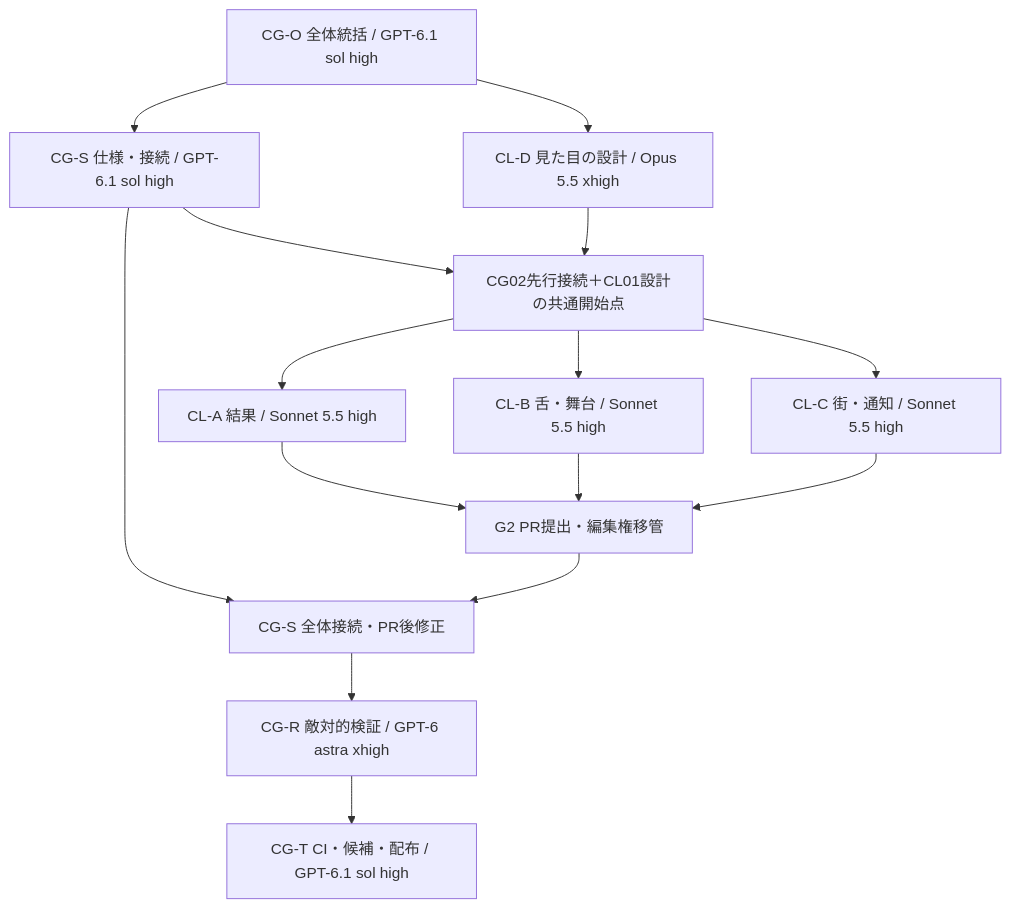
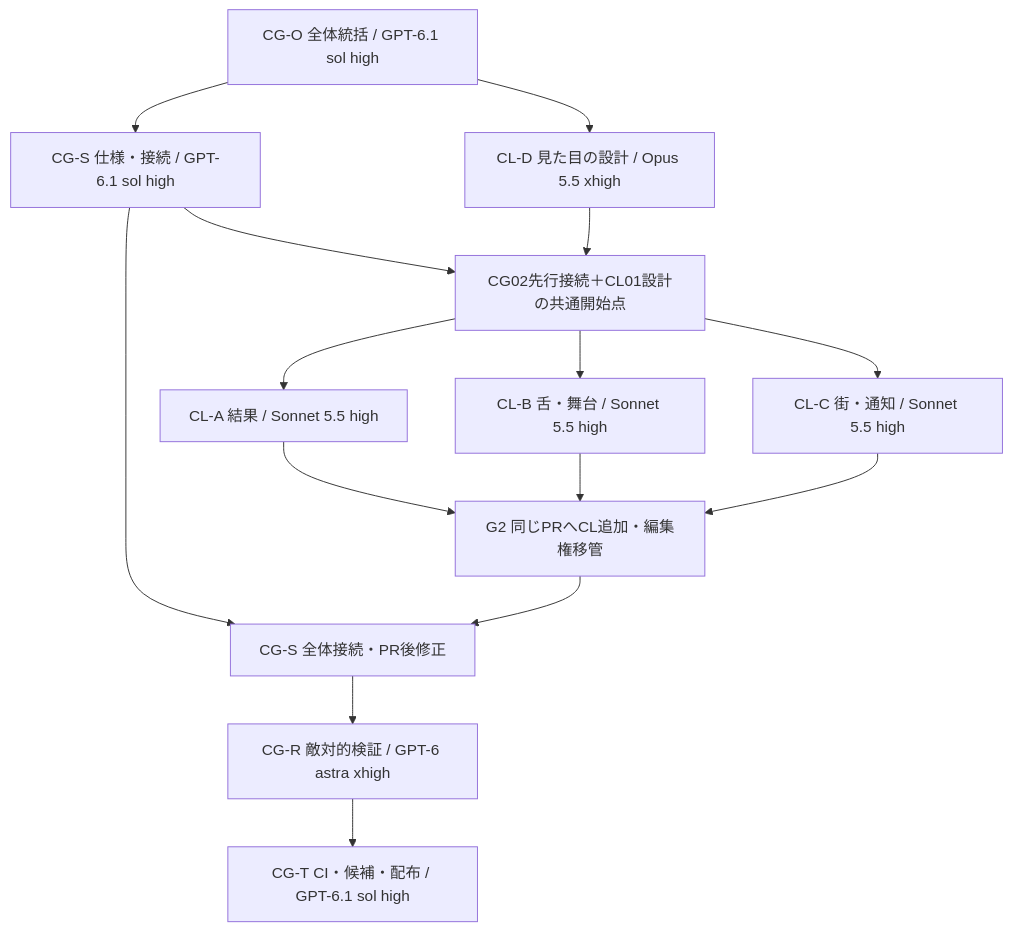
One commit to chameleonjp-lab/chameleol changed the diagram in docs/superpowers/plans/2026-11-16-chameleol-master-plan.md. Above: the diagram before and after it, drawn with Mermaid. The commit also changed other lines of this file and 9 other files, not shown here.

````diff
--- a/docs/superpowers/plans/2026-11-16-chameleol-master-plan.md
+++ b/docs/superpowers/plans/2026-11-16-chameleol-master-plan.md
@@ -25,17 +32,17 @@
 ```mermaid
 flowchart TD
   O["CG-O 全体統括 / GPT-6.1 sol high"] --> S["CG-S 仕様・接続 / GPT-6.1 sol high"]
   O --> D["CL-D 見た目の設計 / Opus 5.5 xhigh"]
   S --> K["CG02先行接続＋CL01設計の共通開始点"]
   D --> K
   K --> A["CL-A 結果 / Sonnet 5.5 high"]
   K --> B["CL-B 舌・舞台 / Sonnet 5.5 high"]
   K --> C["CL-C 街・通知 / Sonnet 5.5 high"]
-  A --> P["G2 PR提出・編集権移管"]
+  A --> P["G2 同じPRへCL追加・編集権移管"]
   B --> P
   C --> P
   S --> I["CG-S 全体接続・PR後修正"]
   P --> I
   I --> Q["CG-R 敵対的検証 / GPT-6 astra xhigh"]
   Q --> T["CG-T CI・候補・配布 / GPT-6.1 sol high"]
 ```
````
